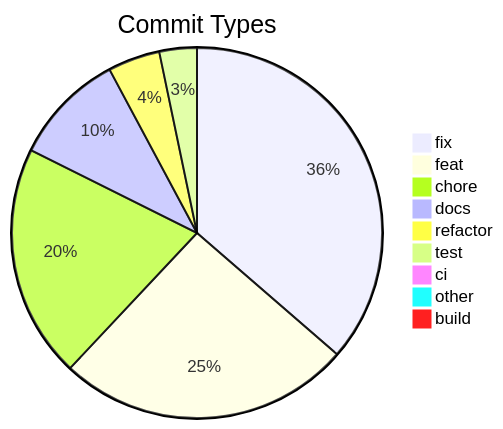
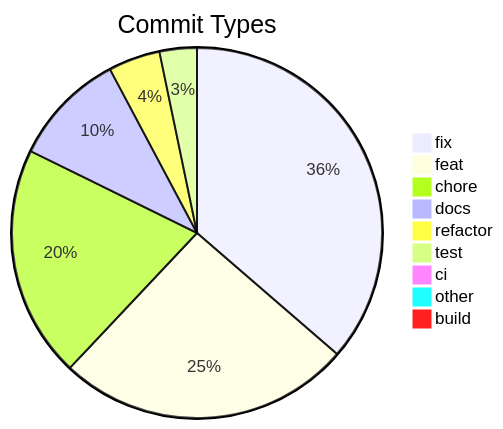
Before and after one commit to svenroth-ai/shipwright-webui: the diagram in .shipwright/compliance/change-history.md, drawn with Mermaid. The commit also changed other lines of this file and 5 other files, not shown here.

````diff
--- a/.shipwright/compliance/change-history.md
+++ b/.shipwright/compliance/change-history.md
@@ -8,12 +8,12 @@
 ```mermaid
 pie title Commit Types
-    "fix" : 200
-    "feat" : 141
+    "fix" : 201
+    "feat" : 142
     "chore" : 112
-    "docs" : 54
+    "docs" : 55
     "refactor" : 25
     "test" : 18
     "ci" : 5
     "other" : 4
     "build" : 1
 ```
````
